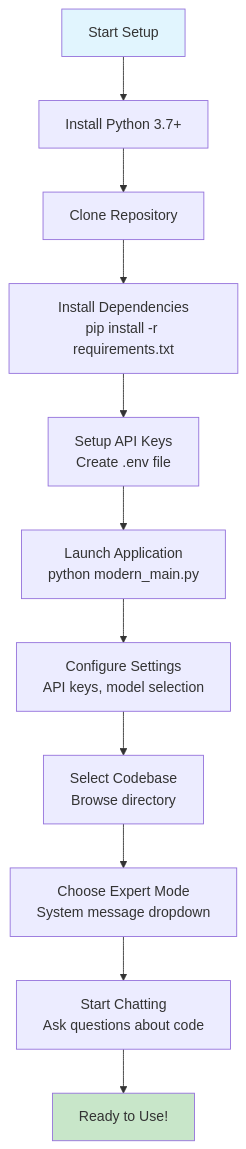
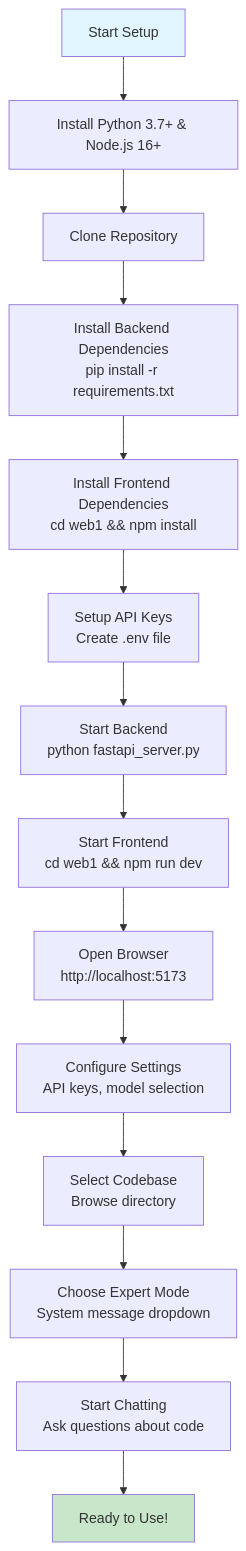
One commit to argentquest/minicliv1 changed the first of 2 diagrams in README.md. Above: the diagram before and after it, drawn with Mermaid. The commit also changed other lines of this file and 44 other files, not shown here.

````diff
--- a/README.md
+++ b/README.md
@@ -101,16 +117,19 @@
 ```mermaid
 flowchart TD
-    A[Start Setup] --> B[Install Python 3.7+]
-    B --> C[Clone Repository]
-    C --> D[Install Dependencies<br/>pip install -r requirements.txt]
-    D --> E[Setup API Keys<br/>Create .env file]
-    E --> F[Launch Application<br/>python modern_main.py]
-    F --> G[Configure Settings<br/>API keys, model selection]
-    G --> H[Select Codebase<br/>Browse directory]
-    H --> I[Choose Expert Mode<br/>System message dropdown]
-    I --> J[Start Chatting<br/>Ask questions about code]
-    J --> K[Ready to Use!]
+     A[Start Setup] --> B[Install Python 3.7+ & Node.js 16+]
+     B --> C[Clone Repository]
+     C --> D[Install Backend Dependencies<br/>pip install -r requirements.txt]
+     D --> E[Install Frontend Dependencies<br/>cd web1 && npm install]
+     E --> F[Setup API Keys<br/>Create .env file]
+     F --> G[Start Backend<br/>python fastapi_server.py]
+     G --> H[Start Frontend<br/>cd web1 && npm run dev]
+     H --> I[Open Browser<br/>http://localhost:5173]
+     I --> J[Configure Settings<br/>API keys, model selection]
+     J --> K[Select Codebase<br/>Browse directory]
+     K --> L[Choose Expert Mode<br/>System message dropdown]
+     L --> M[Start Chatting<br/>Ask questions about code]
+     M --> N[Ready to Use!]
 
-    style A fill:#e1f5fe
-    style K fill:#c8e6c9
+     style A fill:#e1f5fe
+     style N fill:#c8e6c9
 ```
````
